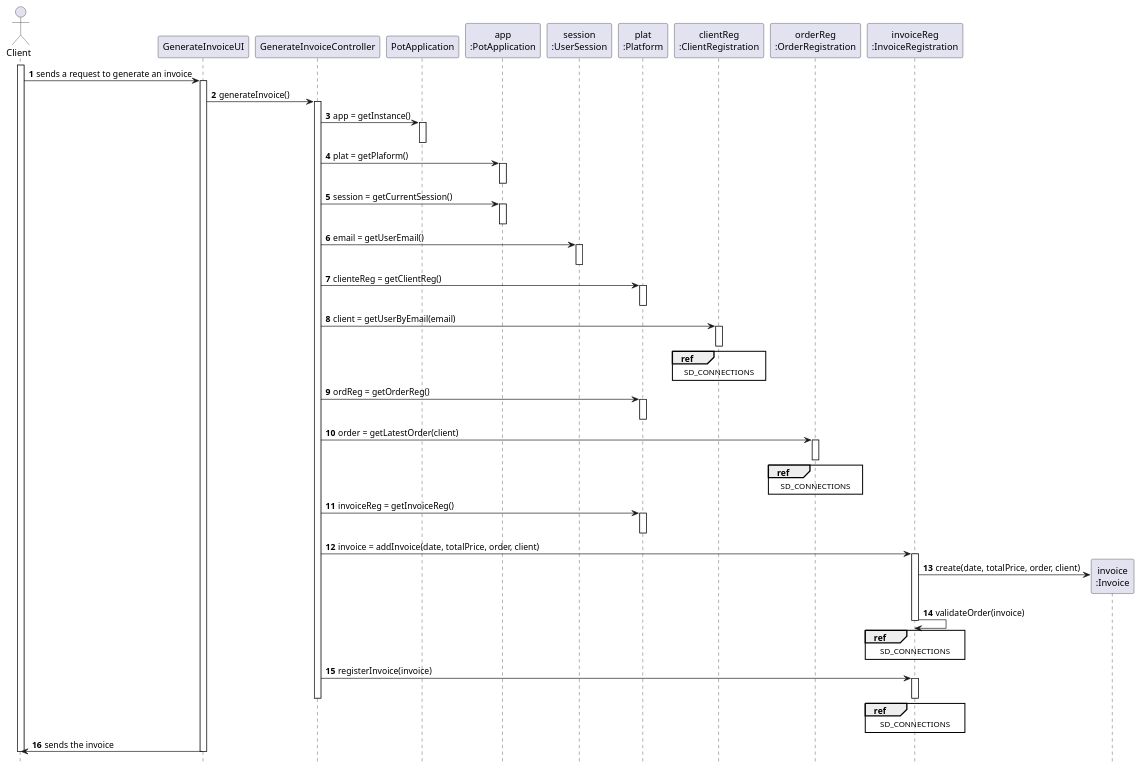
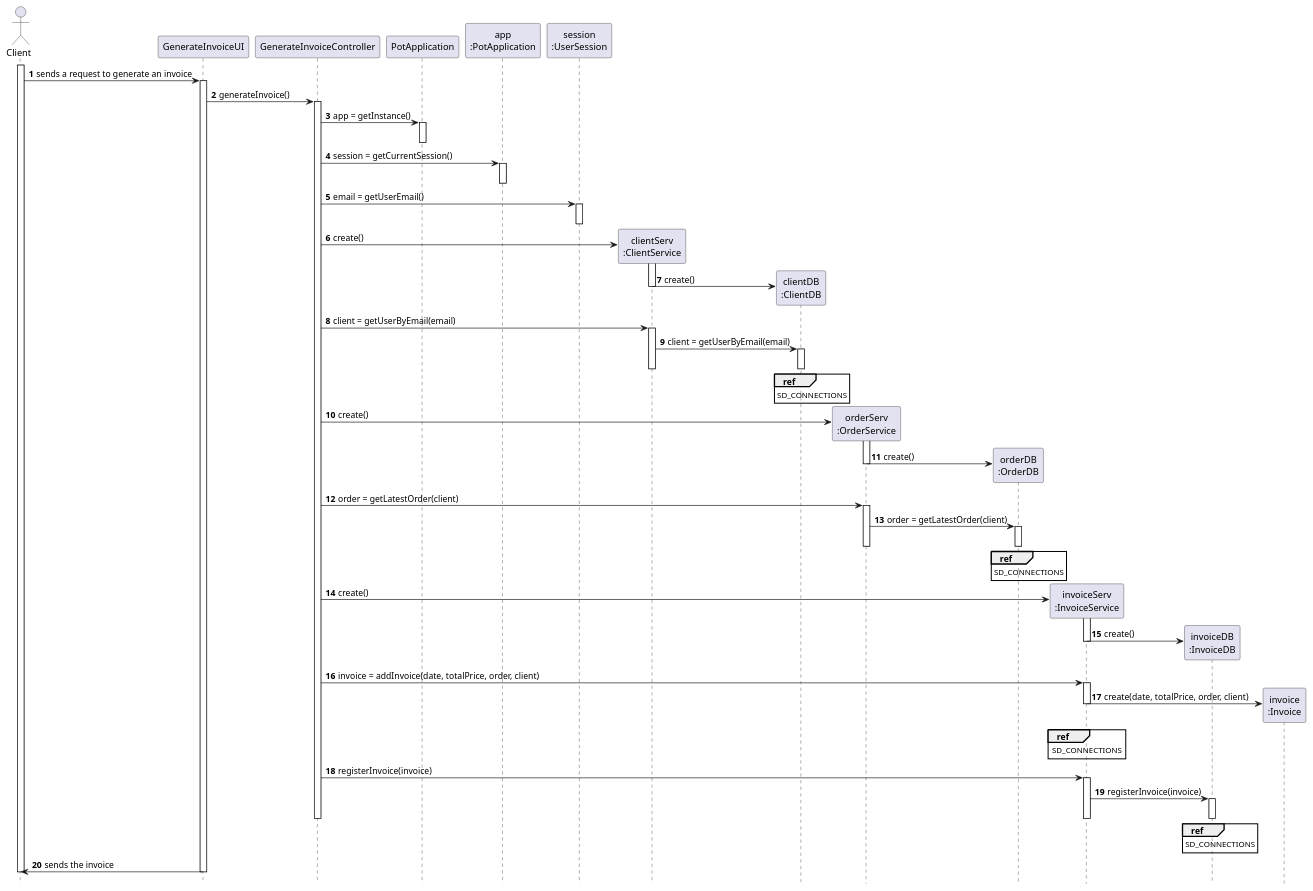
One commit to tiagoavcosta25/LAPR3 changed the diagram in docs/Iteration 2/Make An Order/Refinement/US26_GenerateInvoice/US26_SD.puml. Above: the diagram before and after it, drawn with PlantUML. The commit also changed 6 other files, not shown here.

```diff
--- a/docs/Iteration 2/Make An Order/Refinement/US26_GenerateInvoice/US26_SD.puml
+++ b/docs/Iteration 2/Make An Order/Refinement/US26_GenerateInvoice/US26_SD.puml
@@ -1,83 +1,92 @@
 @startuml
 autonumber
 hide footbox
 
 actor "Client" as CL
 
 participant "GenerateInvoiceUI" as UI
 participant "GenerateInvoiceController" as CTRL
 participant "PotApplication" as _APP
 participant "app\n:PotApplication" as APP
 participant "session\n:UserSession" as SESSION
-participant "plat\n:Platform" as PLAT
-participant "clientReg\n:ClientRegistration" as CR
-participant "orderReg\n:OrderRegistration" as OR
-participant "invoiceReg\n:InvoiceRegistration" as IR
+participant "clientServ\n:ClientService" as CS
+participant "clientDB\n:ClientDB" as CDB
+participant "orderServ\n:OrderService" as OS
+participant "orderDB\n:OrderDB" as ODB
+participant "invoiceServ\n:InvoiceService" as IS
+participant "invoiceDB\n:InvoiceDB" as IDB
 participant "invoice\n:Invoice" as I
 
 activate CL
 
 CL -> UI : sends a request to generate an invoice
 activate UI
 UI -> CTRL : generateInvoice()
 activate CTRL
 CTRL -> _APP: app = getInstance()
 activate _APP
 deactivate _APP
 
-CTRL -> APP: plat = getPlaform()
-activate APP
-deactivate APP
-
 CTRL -> APP: session = getCurrentSession()
 activate APP
 deactivate APP
 
 CTRL -> SESSION: email = getUserEmail()
 activate SESSION
 deactivate SESSION
-CTRL -> PLAT : clienteReg = getClientReg()
-activate PLAT
-deactivate PLAT
-CTRL -> CR : client = getUserByEmail(email)
-activate CR
-ref over CR
+CTRL -> CS** : create()
+activate CS
+CS -> CDB** : create()
+deactivate CS
+CTRL -> CS : client = getUserByEmail(email)
+activate CS
+CS -> CDB : client = getUserByEmail(email)
+activate CDB
+ref over CDB
 SD_CONNECTIONS
 end ref
-deactivate CR
+deactivate CDB
+deactivate CS
 
-CTRL -> PLAT : ordReg = getOrderReg()
-activate PLAT
-deactivate PLAT
-CTRL -> OR : order = getLatestOrder(client)
-activate OR
-ref over OR
+CTRL -> OS** : create()
+activate OS
+OS -> ODB** : create()
+deactivate OS
+CTRL -> OS : order = getLatestOrder(client)
+activate OS
+OS -> ODB : order = getLatestOrder(client)
+activate ODB
+ref over ODB
 SD_CONNECTIONS
 end ref
-deactivate OR
+deactivate ODB
+deactivate OS
 
-CTRL -> PLAT : invoiceReg = getInvoiceReg()
-activate PLAT
-deactivate PLAT
+CTRL -> IS** : create()
+activate IS
+IS -> IDB** : create()
+deactivate IS
 
-CTRL -> IR : invoice = addInvoice(date, totalPrice, order, client)
-activate IR
-IR -> I** : create(date, totalPrice, order, client)
-IR -> IR : validateOrder(invoice)
-ref over IR
+CTRL -> IS : invoice = addInvoice(date, totalPrice, order, client)
+activate IS
+IS -> I** : create(date, totalPrice, order, client)
+ref over IS
 SD_CONNECTIONS
 end ref
-deactivate IR
+deactivate IS
 
-CTRL -> IR : registerInvoice(invoice)
-activate IR
-ref over IR
+CTRL -> IS : registerInvoice(invoice)
+activate IS
+IS -> IDB : registerInvoice(invoice)
+activate IDB
+ref over IDB
 SD_CONNECTIONS
 end ref
-deactivate IR
+deactivate IDB
+deactivate IS
 deactivate CTRL
 UI -> CL : sends the invoice
 deactivate UI
 deactivate CL
 
 @enduml
```
